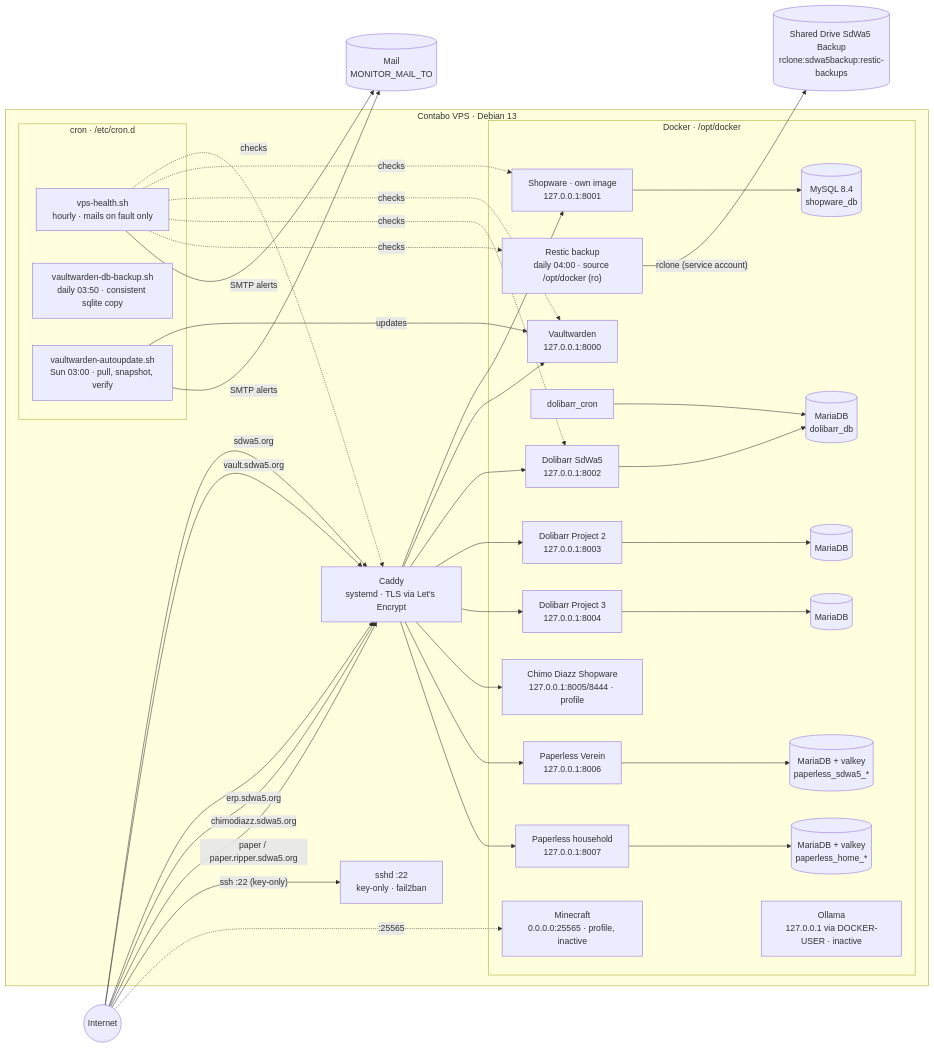
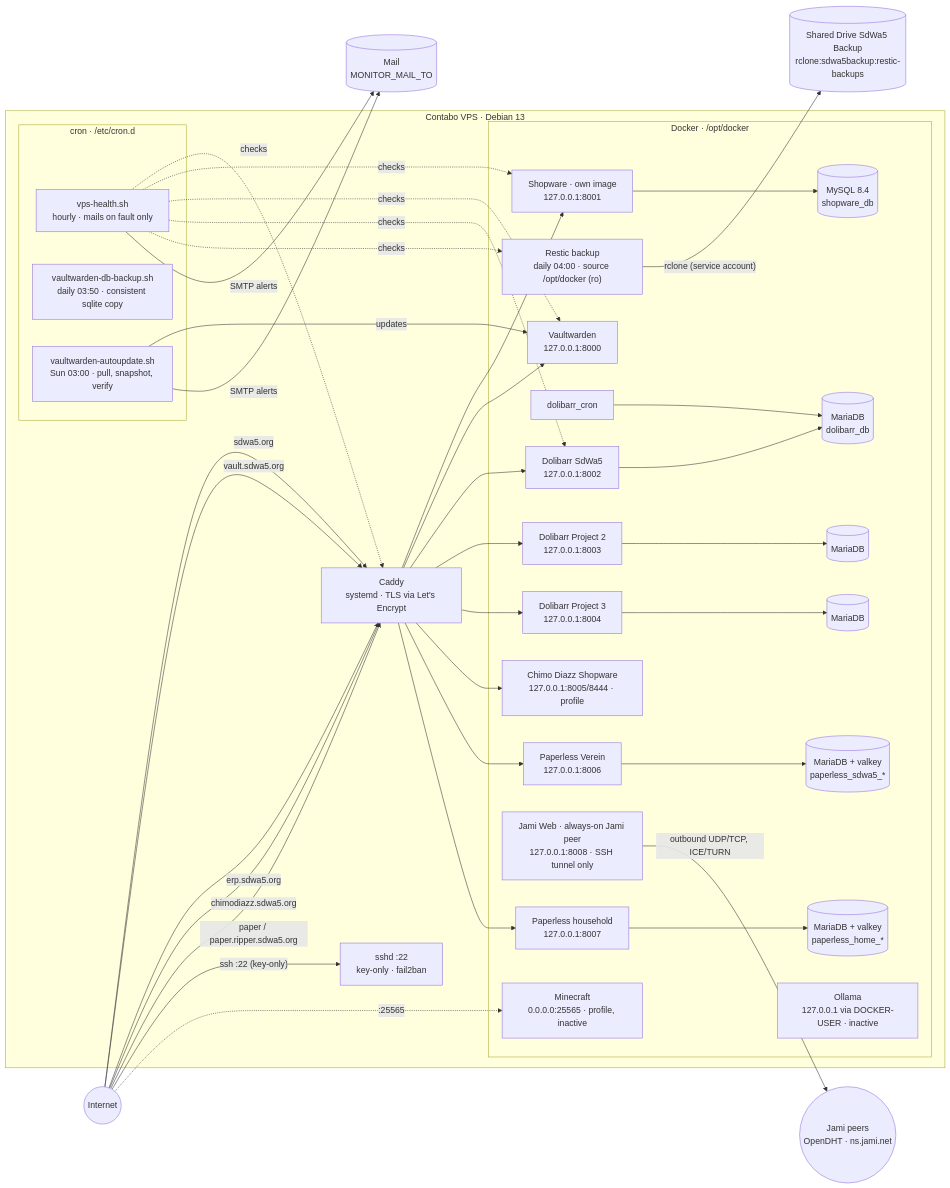
Before and after one commit to SdWa5/vps: the diagram in docs/infrastructure.md, drawn with Mermaid. The commit also changed other lines of this file and 17 other files, not shown here.

First line of the commit message:
feature/jami-peer sdwa5/sdwa5-vps 1.107.0

````diff
--- a/docs/infrastructure.md
+++ b/docs/infrastructure.md
@@ -7,61 +7,64 @@
 ```mermaid
 flowchart LR
     U((Internet))
 
     subgraph vps ["Contabo VPS · Debian 13"]
         C["Caddy<br/>systemd · TLS via Let's Encrypt"]
 
         subgraph docker ["Docker · /opt/docker"]
             SW["Shopware · own image<br/>127.0.0.1:8001"]
             SWDB[("MySQL 8.4<br/>shopware_db")]
             VW["Vaultwarden<br/>127.0.0.1:8000"]
             DL["Dolibarr SdWa5<br/>127.0.0.1:8002"]
             DLC["dolibarr_cron"]
             DLDB[("MariaDB<br/>dolibarr_db")]
             P2["Dolibarr Project 2<br/>127.0.0.1:8003"]
             P2DB[("MariaDB")]
             P3["Dolibarr Project 3<br/>127.0.0.1:8004"]
             CDW["Chimo Diazz Shopware<br/>127.0.0.1:8005/8444 · profile"]
             P3DB[("MariaDB")]
             PL["Paperless Verein<br/>127.0.0.1:8006"]
             PLDB[("MariaDB + valkey<br/>paperless_sdwa5_*")]
             PH["Paperless household<br/>127.0.0.1:8007"]
             PHDB[("MariaDB + valkey<br/>paperless_home_*")]
+            JW["Jami Web · always-on Jami peer<br/>127.0.0.1:8008 · SSH tunnel only"]
             OL["Ollama<br/>127.0.0.1 via DOCKER-USER · inactive"]
             MC["Minecraft<br/>0.0.0.0:25565 · profile, inactive"]
             RS["Restic backup<br/>daily 04:00 · source /opt/docker (ro)"]
         end
 
         subgraph cron ["cron · /etc/cron.d"]
             HC["vps-health.sh<br/>hourly · mails on fault only"]
             DB["vaultwarden-db-backup.sh<br/>daily 03:50 · consistent sqlite copy"]
             AU["vaultwarden-autoupdate.sh<br/>Sun 03:00 · pull, snapshot, verify"]
         end
 
         SSHD["sshd :22<br/>key-only · fail2ban"]
     end
 
+    DHT(("Jami peers<br/>OpenDHT · ns.jami.net"))
     GD[("Shared Drive SdWa5 Backup<br/>rclone:sdwa5backup:restic-backups")]
     U -- " sdwa5.org " --> C
     U -- " vault.sdwa5.org " --> C
     U -- " erp.sdwa5.org " --> C
     U -- " chimodiazz.sdwa5.org " --> C
     U -- " paper / paper.ripper.sdwa5.org " --> C
     U -- " ssh :22 (key-only) " --> SSHD
     U -. " :25565 " .-> MC
     C --> SW & VW & DL
     C --> P2 & P3
     C --> CDW
     C --> PL & PH
     SW --> SWDB
     PL --> PLDB
     PH --> PHDB
     DL --> DLDB
     DLC --> DLDB
     P2 --> P2DB
     P3 --> P3DB
     RS -- " rclone (service account) " --> GD
+    JW -- " outbound UDP/TCP, ICE/TURN " --> DHT
     HC -. " checks " .-> C & SW & VW & DL & RS
     AU -- " updates " --> VW
     HC & AU -- " SMTP alerts " --> MB[("Mail<br/>MONITOR_MAIL_TO")]
 ```
````
